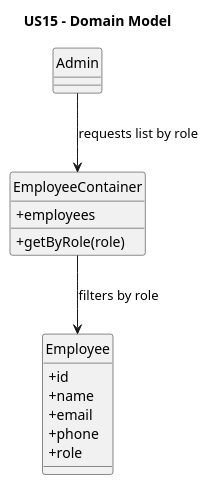
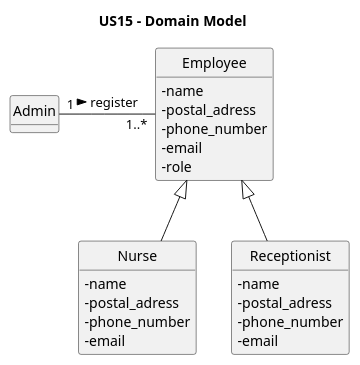
The diagram in docs/Sprint2/US15/puml/US15-MD.puml (Parafita123/leti-esoft-25-26-B1), drawn with PlantUML before and after one commit. The commit also changed 8 other files, not shown here.

```diff
--- a/docs/Sprint2/US15/puml/US15-MD.puml
+++ b/docs/Sprint2/US15/puml/US15-MD.puml
@@ -1,26 +1,38 @@
 @startuml
 
 title US15 - Domain Model
 
 hide circle
 skinparam classAttributeIconSize 0
+skinparam classAttributeIconSize 0
+hide circle
+hide methods
 
 class Employee {
-  +id
-  +name
-  +email
-  +phone
-  +role
+  - name
+  - postal_adress
+  - phone_number
+  - email
+  - role
 }
 
-class EmployeeContainer {
-  +employees
-  +getByRole(role)
+class Nurse {
+    - name
+    - postal_adress
+    - phone_number
+    - email
+}
+
+class Receptionist {
+    - name
+    - postal_adress
+    - phone_number
+    - email
 }
 
 class Admin
-
-Admin --> EmployeeContainer : requests list by role
-EmployeeContainer --> Employee : filters by role
+Employee <|-- Nurse
+Employee <|-- Receptionist
+Admin "1" -right-- "1..*" Employee: register >
 
 @enduml
```
